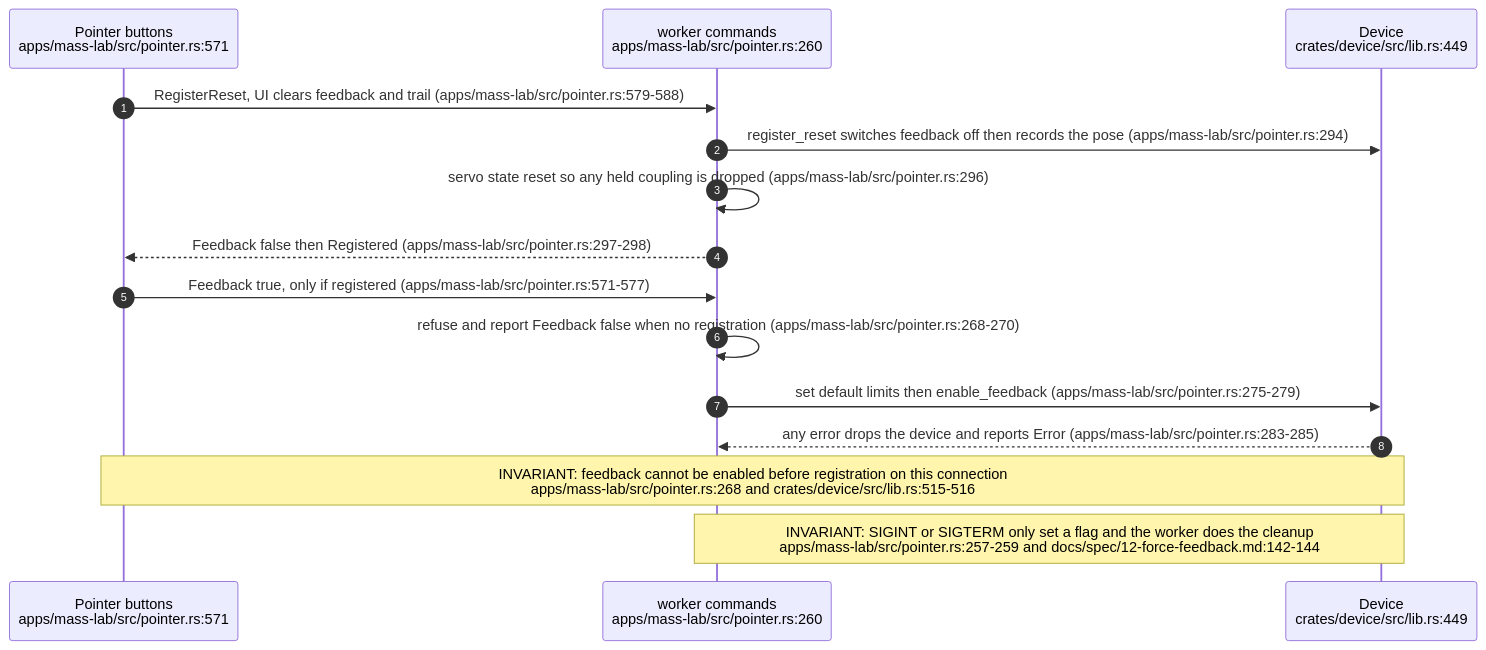
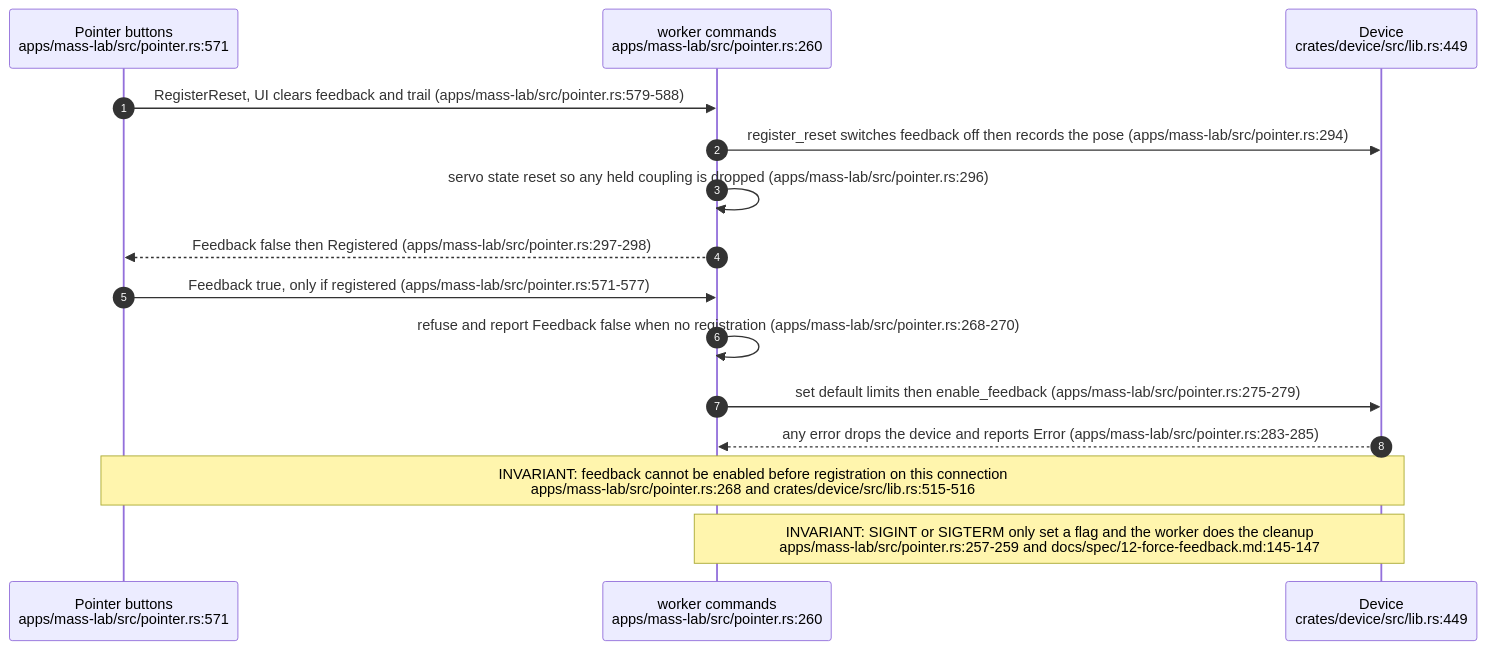
One commit to DreamLab-AI/VisionFlow changed the fifth of 5 diagrams in docs/diagrams/visiontouch-rs/04-mass-lab-servo-rate-coupling.md. Above: the diagram before and after it, drawn with Mermaid. The commit also changed other lines of this file and 9 other files, not shown here.

Commit message:
docs(diagrams): re-stamp VT-01 to VT-08 at visiontouch-rs 77898bc

````diff
--- a/docs/diagrams/visiontouch-rs/04-mass-lab-servo-rate-coupling.md
+++ b/docs/diagrams/visiontouch-rs/04-mass-lab-servo-rate-coupling.md
@@ -141,17 +141,17 @@
 ```mermaid
 sequenceDiagram
     autonumber
     participant UI as Pointer buttons<br/>apps/mass-lab/src/pointer.rs:571
     participant WK as worker commands<br/>apps/mass-lab/src/pointer.rs:260
     participant DV as Device<br/>crates/device/src/lib.rs:449
     UI->>WK: RegisterReset, UI clears feedback and trail (apps/mass-lab/src/pointer.rs:579-588)
     WK->>DV: register_reset switches feedback off then records the pose (apps/mass-lab/src/pointer.rs:294)
     WK->>WK: servo state reset so any held coupling is dropped (apps/mass-lab/src/pointer.rs:296)
     WK-->>UI: Feedback false then Registered (apps/mass-lab/src/pointer.rs:297-298)
     UI->>WK: Feedback true, only if registered (apps/mass-lab/src/pointer.rs:571-577)
     WK->>WK: refuse and report Feedback false when no registration (apps/mass-lab/src/pointer.rs:268-270)
     WK->>DV: set default limits then enable_feedback (apps/mass-lab/src/pointer.rs:275-279)
     DV-->>WK: any error drops the device and reports Error (apps/mass-lab/src/pointer.rs:283-285)
     Note over UI,DV: INVARIANT: feedback cannot be enabled before registration on this connection<br/>apps/mass-lab/src/pointer.rs:268 and crates/device/src/lib.rs:515-516
-    Note over WK,DV: INVARIANT: SIGINT or SIGTERM only set a flag and the worker does the cleanup<br/>apps/mass-lab/src/pointer.rs:257-259 and docs/spec/12-force-feedback.md:142-144
+    Note over WK,DV: INVARIANT: SIGINT or SIGTERM only set a flag and the worker does the cleanup<br/>apps/mass-lab/src/pointer.rs:257-259 and docs/spec/12-force-feedback.md:145-147
 ```
````
